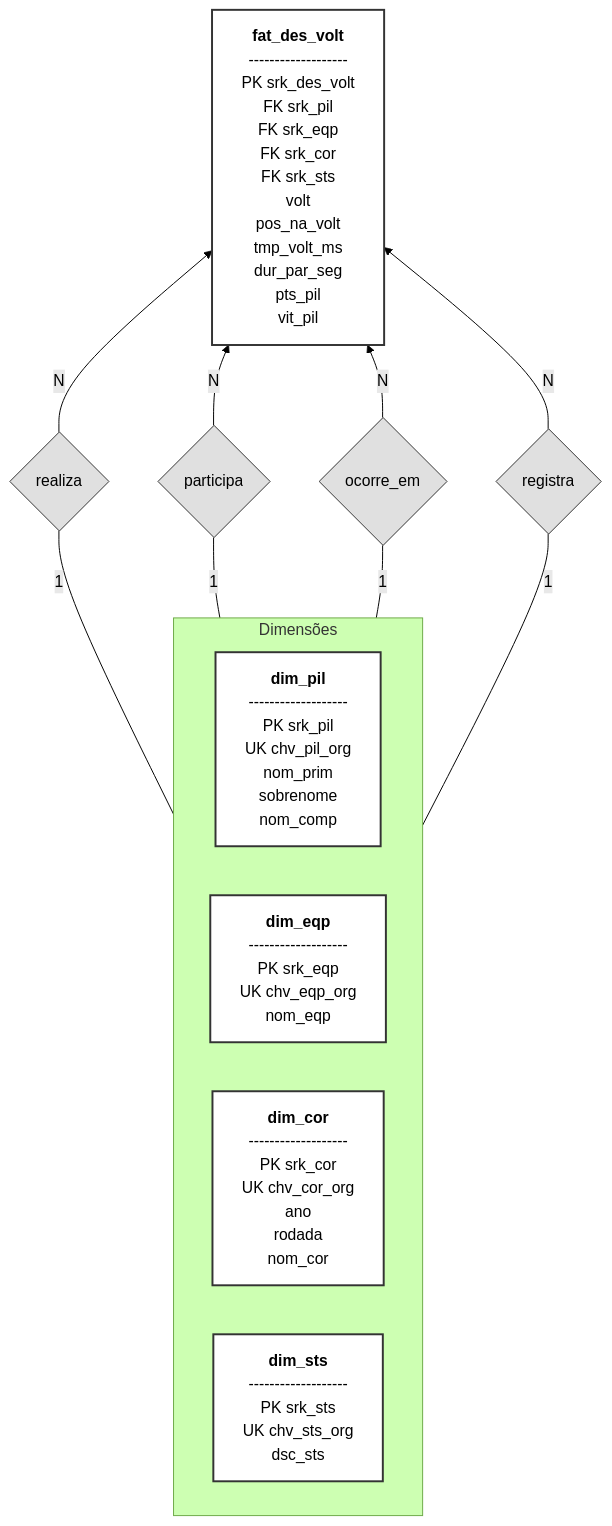
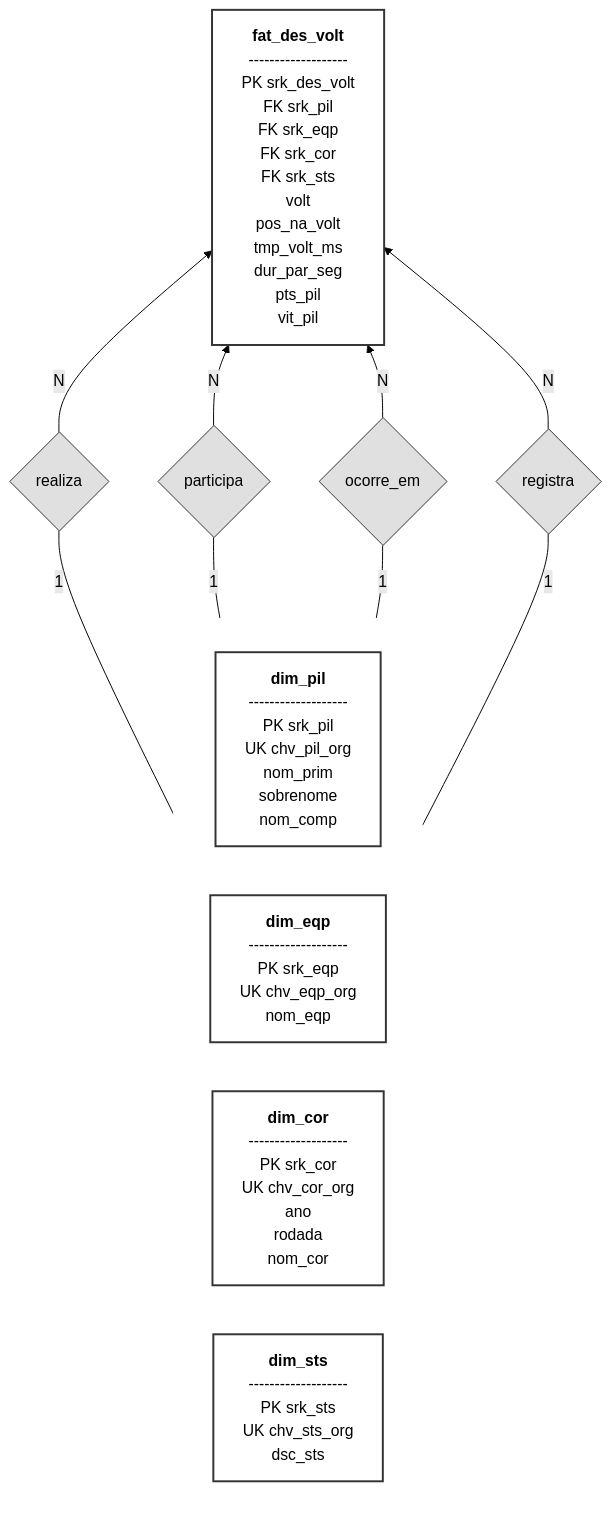
Before and after one commit to Julio1099/formula1-analytics: the diagram in Data Layer/gold/der_gold.md, drawn with Mermaid (forest theme).

Commit message:
correções na paleta do der

````diff
--- a/Data Layer/gold/der_gold.md
+++ b/Data Layer/gold/der_gold.md
@@ -11,80 +11,75 @@
 ```mermaid
 graph BT
-    %% --- Estilização para parecer tabelas ---
-    classDef table fill:#fff,stroke:#333,stroke-width:2px,align:left;
-    classDef relation fill:#e0e0e0,stroke:#333,stroke-width:1px,shape:diamond;
+    %% --- Estilização para ALTO CONTRASTE ---
+    %% Adicionei color:#000 para forçar texto preto no fundo branco
+    classDef table fill:#fff,stroke:#333,stroke-width:2px,align:left,color:#000;
+    classDef relation fill:#e0e0e0,stroke:#333,stroke-width:1px,shape:diamond,color:#000;
 
     %% --- Dimensões (Top Layer) ---
-    
     subgraph Dimensões
         direction LR
+        style Dimensões fill:transparent,stroke:#fff,stroke-width:1px,color:#fff,stroke-dasharray: 5 5
+        
         DIM_PIL["<b>dim_pil</b>
         -------------------
         PK srk_pil
         UK chv_pil_org
         nom_prim
         sobrenome
         nom_comp"]:::table
 
         DIM_EQP["<b>dim_eqp</b>
         -------------------
         PK srk_eqp
         UK chv_eqp_org
         nom_eqp"]:::table
 
         DIM_COR["<b>dim_cor</b>
         -------------------
         PK srk_cor
         UK chv_cor_org
         ano
         rodada
         nom_cor"]:::table
 
         DIM_STS["<b>dim_sts</b>
         -------------------
         PK srk_sts
         UK chv_sts_org
         dsc_sts"]:::table
     end
 
     %% --- Relacionamentos (Losangos) ---
-    
     REL_PIL{realiza}:::relation
     REL_EQP{participa}:::relation
     REL_COR{ocorre_em}:::relation
     REL_STS{registra}:::relation
 
     %% --- Tabela Fato (Bottom Layer) ---
-
     FAT["<b>fat_des_volt</b>
     -------------------
     PK srk_des_volt
     FK srk_pil
     FK srk_eqp
     FK srk_cor
     FK srk_sts
     volt
     pos_na_volt
     tmp_volt_ms
     dur_par_seg
     pts_pil
     vit_pil"]:::table
 
     %% --- Conexões com Cardinalidade ---
-    
-    %% Piloto (1) -- realiza --> (N) Fato
     DIM_PIL ---|1| REL_PIL
     REL_PIL -->|N| FAT
 
-    %% Equipe (1) -- participa --> (N) Fato
     DIM_EQP ---|1| REL_EQP
     REL_EQP -->|N| FAT
 
-    %% Corrida (1) -- ocorre_em --> (N) Fato
     DIM_COR ---|1| REL_COR
     REL_COR -->|N| FAT
 
-    %% Status (1) -- registra --> (N) Fato
     DIM_STS ---|1| REL_STS
     REL_STS -->|N| FAT
 ```
````
